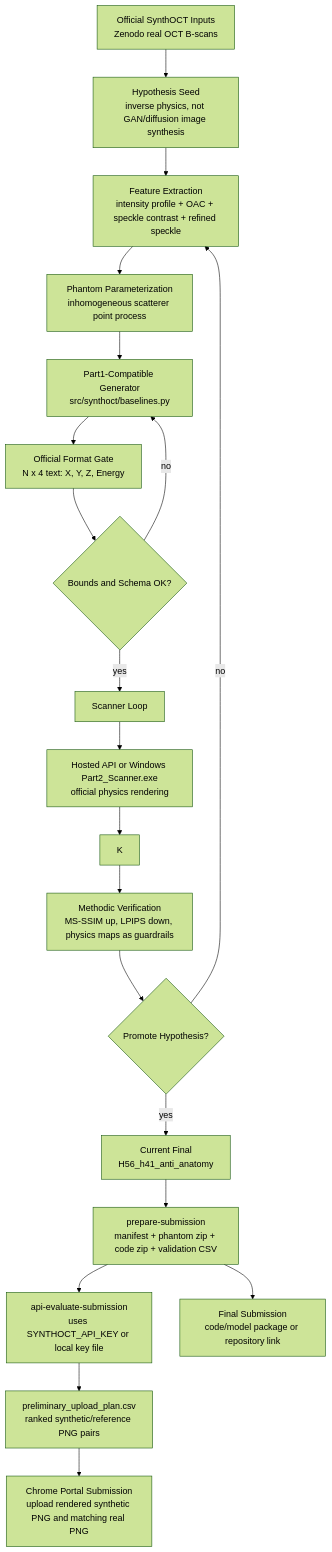
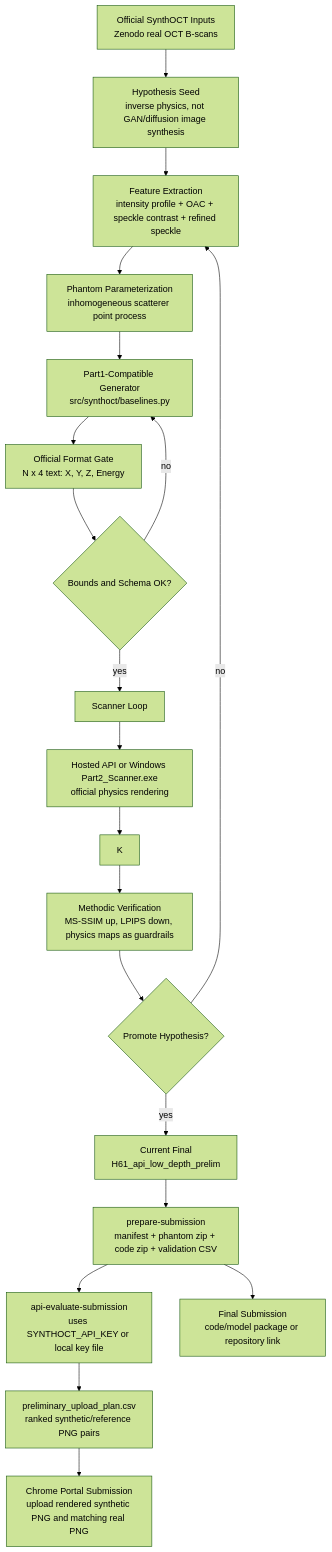
Before and after one commit to MasalaKimchi/SynthOCT-Bibimbap: the diagram in docs/submission_flowchart.md, drawn with Mermaid (forest theme). The commit also changed other lines of this file and 14 other files, not shown here.

````diff
--- a/docs/submission_flowchart.md
+++ b/docs/submission_flowchart.md
@@ -10,22 +10,22 @@
 ```mermaid
 flowchart TD
     A["Official SynthOCT Inputs\nZenodo real OCT B-scans"] --> B["Hypothesis Seed\ninverse physics, not GAN/diffusion image synthesis"]
     B --> C["Feature Extraction\nintensity profile + OAC + speckle contrast + refined speckle"]
     C --> D["Phantom Parameterization\ninhomogeneous scatterer point process"]
     D --> E["Part1-Compatible Generator\nsrc/synthoct/baselines.py"]
     E --> F["Official Format Gate\nN x 4 text: X, Y, Z, Energy"]
     F --> G{"Bounds and Schema OK?"}
     G -- "no" --> E
     G -- "yes" --> H["Scanner Loop"]
     H --> J["Hosted API or Windows Part2_Scanner.exe\nofficial physics rendering"]
     J --> K
     K --> L["Methodic Verification\nMS-SSIM up, LPIPS down, physics maps as guardrails"]
     L --> M{"Promote Hypothesis?"}
     M -- "no" --> C
-    M -- "yes" --> N["Current Final\nH56_h41_anti_anatomy"]
+    M -- "yes" --> N["Current Final\nH61_api_low_depth_prelim"]
     N --> O["prepare-submission\nmanifest + phantom zip + code zip + validation CSV"]
     O --> P["api-evaluate-submission\nuses SYNTHOCT_API_KEY or local key file"]
     P --> Q["preliminary_upload_plan.csv\nranked synthetic/reference PNG pairs"]
     Q --> R["Chrome Portal Submission\nupload rendered synthetic PNG and matching real PNG"]
     O --> S["Final Submission\ncode/model package or repository link"]
 ```
````
